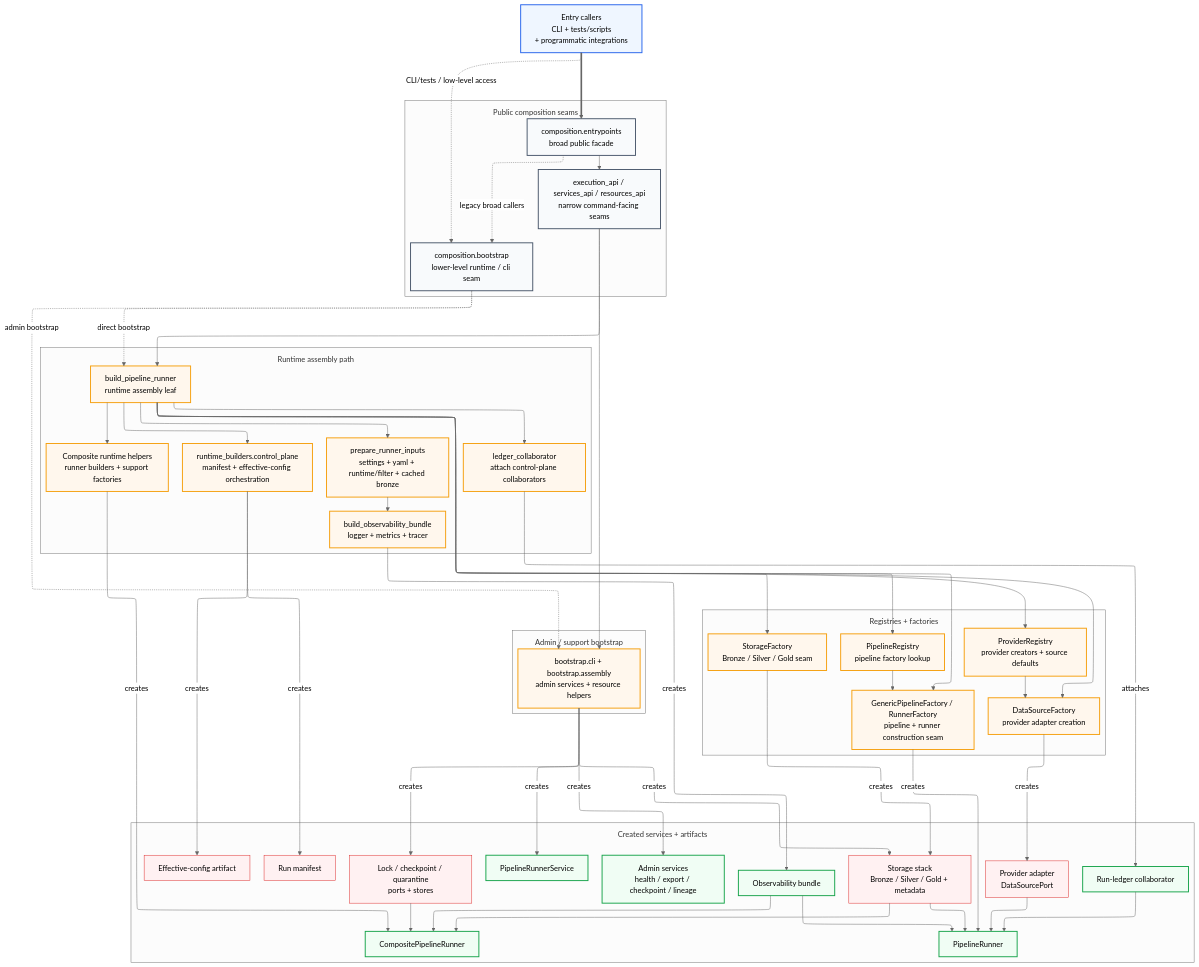
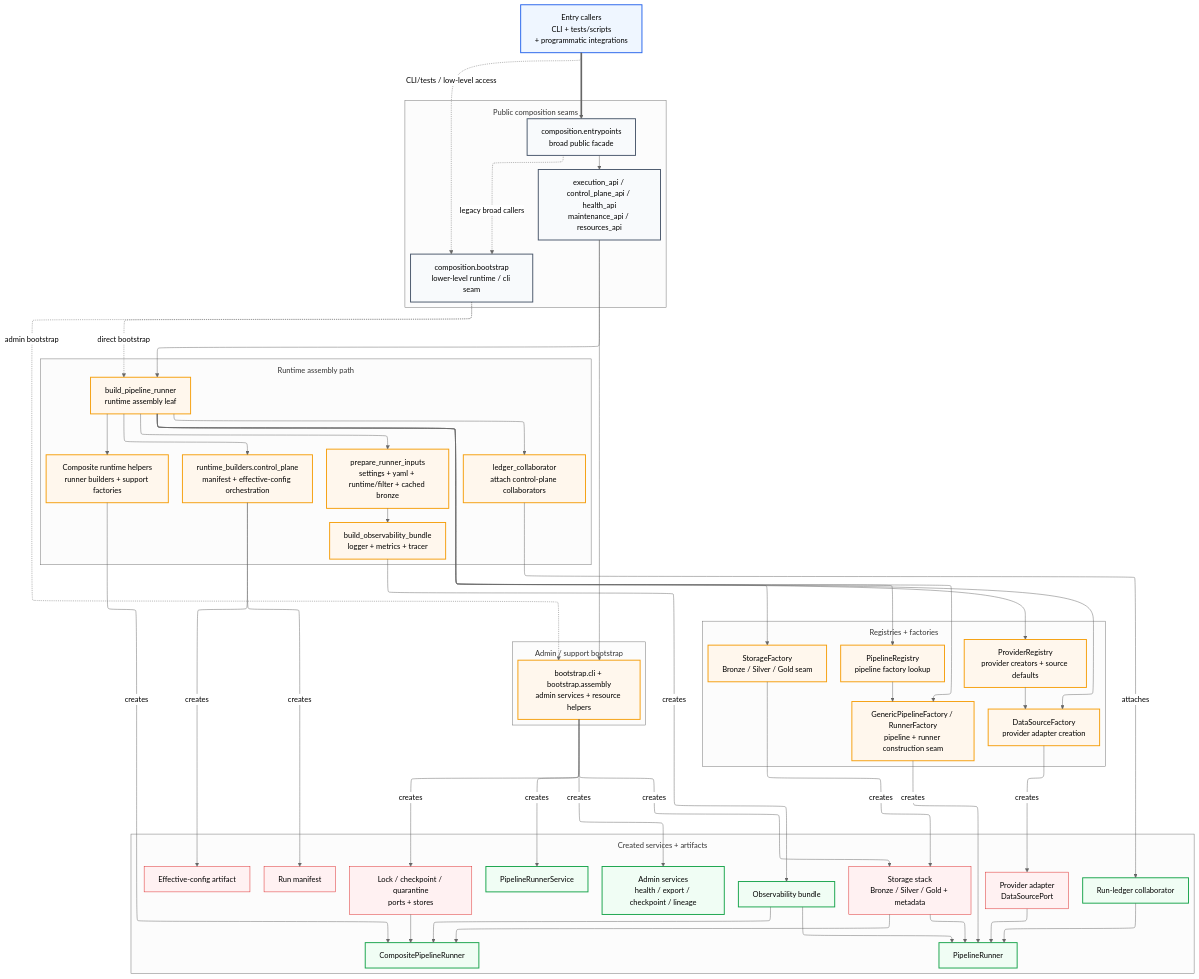
Before and after one commit to SatoryKono/BioactivityDataAcquisition: the diagram in docs/02-architecture/diagrams/architecture/12-bootstrap-di-container.mmd, drawn with Mermaid (neutral theme). The commit also changed 92 other files, not shown here.

First line of the commit message:
Update architecture docs, diagrams, and governance

```diff
--- a/docs/02-architecture/diagrams/architecture/12-bootstrap-di-container.mmd
+++ b/docs/02-architecture/diagrams/architecture/12-bootstrap-di-container.mmd
@@ -1,121 +1,121 @@
 %% BioETL — Bootstrap / DI Container (Composition Root)
 %% Shows current public composition seams, runtime assembly, and control-plane artifact wiring.
 
 %% @version 1.4.0
 %% @date    2026-03-28
 %% @type    flowchart
 %% @level   System / Component
 %% @nodes   25
 %% @reference  Decomposed into 12a, 12b sub-diagrams; complements 19-control-plane-artifacts.mmd
 
 %%{init: {
   'flowchart': {
     'subGraphTitleMargin': { 'top': 12, 'bottom': 12 }
   },
   'layout': 'elk',
   'elk': {
     'mergeEdges': true,
     'nodePlacementStrategy': 'BRANDES_KOEPF',
     'edgeRouting': 'ORTHOGONAL'
   }
 }}%%
 %% @uniform width=208 height=108 max_title_len=22 max_desc_lines=4
 graph TB
     CALLERS["Entry callers<br/>CLI + tests/scripts<br/>+ programmatic integrations"]:::size-md
 
     subgraph Public["Public composition seams"]
         ENTRY["composition.entrypoints<br/>broad public facade"]:::size-md
-        APIS["execution_api / services_api / resources_api<br/>narrow command-facing seams"]:::size-md
+        APIS["execution_api / control_plane_api / health_api<br/>maintenance_api / resources_api"]:::size-md
         BOOT["composition.bootstrap<br/>lower-level runtime / cli seam"]:::size-md
     end
 
     subgraph Factories["Registries + factories"]
         PR["ProviderRegistry<br/>provider creators + source defaults"]:::size-md
         PIPE["PipelineRegistry<br/>pipeline factory lookup"]:::size-md
         DSF["DataSourceFactory<br/>provider adapter creation"]:::size-md
         GPF["GenericPipelineFactory / RunnerFactory<br/>pipeline + runner construction seam"]:::size-md
         STF["StorageFactory<br/>Bronze / Silver / Gold seam"]:::size-md
     end
 
     subgraph Runtime["Runtime assembly path"]
         INPUTS["prepare_runner_inputs<br/>settings + yaml + runtime/filter + cached bronze"]:::size-md
         OBSB["build_observability_bundle<br/>logger + metrics + tracer"]:::size-md
         BUILDER["build_pipeline_runner<br/>runtime assembly leaf"]:::size-md
         CTRL["runtime_builders.control_plane<br/>manifest + effective-config orchestration"]:::size-md
         LCOL["ledger_collaborator<br/>attach control-plane collaborators"]:::size-md
         CH["Composite runtime helpers<br/>runner builders + support factories"]:::size-md
     end
 
     subgraph Admin["Admin / support bootstrap"]
         SUPPORT["bootstrap.cli + bootstrap.assembly<br/>admin services + resource helpers"]:::size-md
     end
 
     subgraph Created["Created services + artifacts"]
         ADAPTER["Provider adapter<br/>DataSourcePort"]:::size-md
         STORAGE["Storage stack<br/>Bronze / Silver / Gold + metadata"]:::size-md
         STATE["Lock / checkpoint / quarantine<br/>ports + stores"]:::size-md
         OBS["Observability bundle"]:::size-md
         RUNNER["PipelineRunner"]:::size-md
         PSVC["PipelineRunnerService"]:::size-md
         COMPOSITE["CompositePipelineRunner"]:::size-md
         ADMINSVC["Admin services<br/>health / export / checkpoint / lineage"]:::size-md
         MANIFEST["Run manifest"]:::size-md
         ECFG["Effective-config artifact"]:::size-md
         LEDGER["Run-ledger collaborator"]:::size-md
     end
 
     CALLERS ==> ENTRY
     CALLERS -.->|"CLI/tests / low-level access"| BOOT
 
     ENTRY --> APIS
     ENTRY -.->|"legacy broad callers"| BOOT
     APIS --> BUILDER
     APIS --> SUPPORT
     BOOT -.->|"direct bootstrap"| BUILDER
     BOOT -.->|"admin bootstrap"| SUPPORT
 
     BUILDER --> PR
     BUILDER --> PIPE
     BUILDER --> DSF
     BUILDER --> GPF
     BUILDER --> STF
     BUILDER --> INPUTS
     BUILDER --> CTRL
     BUILDER --> LCOL
     BUILDER --> CH
 
     INPUTS --> OBSB
     PR --> DSF
     PIPE --> GPF
     DSF -->|creates| ADAPTER
     STF -->|creates| STORAGE
     SUPPORT -->|creates| STORAGE
     SUPPORT -->|creates| STATE
     SUPPORT -->|creates| PSVC
     SUPPORT -->|creates| ADMINSVC
     OBSB -->|creates| OBS
     GPF -->|creates| RUNNER
     CH -->|creates| COMPOSITE
     CTRL -->|creates| MANIFEST
     CTRL -->|creates| ECFG
     LCOL -->|attaches| LEDGER
 
     ADAPTER --> RUNNER
     STORAGE --> RUNNER
     OBS --> RUNNER
     LEDGER --> RUNNER
     STORAGE --> COMPOSITE
     STATE --> COMPOSITE
     OBS --> COMPOSITE
 
     classDef entry fill:#eff6ff,stroke:#2563eb,stroke-width:2px
     classDef public fill:#f8fafc,stroke:#475569,stroke-width:2px
     classDef comp fill:#fff7ed,stroke:#f59e0b,stroke-width:2px
     classDef infra fill:#fff1f2,stroke:#dc2626
     classDef app fill:#f0fdf4,stroke:#16a34a,stroke-width:2px
 
     class CALLERS entry
     class ENTRY,APIS,BOOT public
     class PR,PIPE,DSF,GPF,STF,INPUTS,OBSB,BUILDER,CTRL,LCOL,CH,SUPPORT comp
     class ADAPTER,STORAGE,STATE,MANIFEST,ECFG infra
     class OBS,RUNNER,PSVC,COMPOSITE,ADMINSVC,LEDGER app
```
